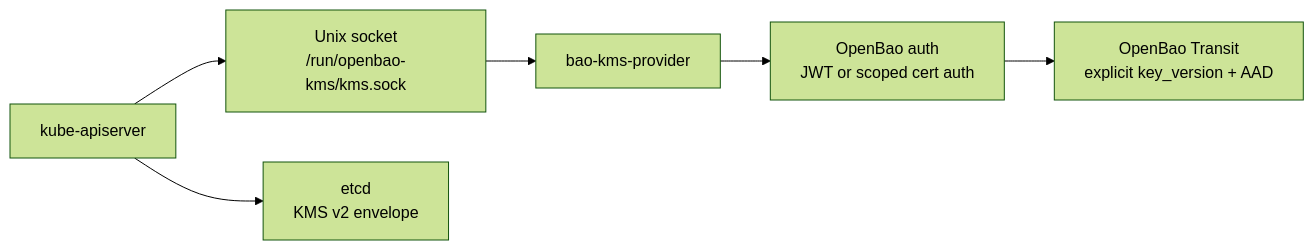
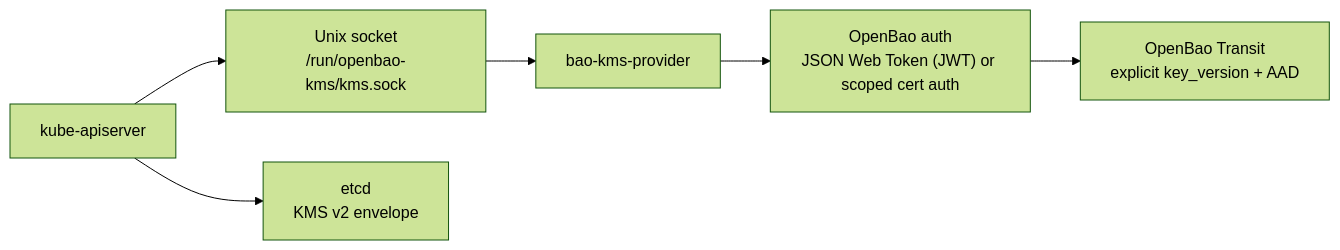
One commit to dc-tec/openbao-kubernetes-kms changed the diagram in README.md. Above: the diagram before and after it, drawn with Mermaid (forest theme). The commit also changed other lines of this file and 24 other files, not shown here.

````diff
--- a/README.md
+++ b/README.md
@@ -41,13 +41,13 @@
 ```mermaid
 flowchart LR
     API["kube-apiserver"]
     Socket["Unix socket<br/>/run/openbao-kms/kms.sock"]
     Provider["bao-kms-provider"]
-    Auth["OpenBao auth<br/>JWT or scoped cert auth"]
+    Auth["OpenBao auth<br/>JSON Web Token (JWT) or scoped cert auth"]
     Transit["OpenBao Transit<br/>explicit key_version + AAD"]
     Etcd["etcd<br/>KMS v2 envelope"]
 
     API --> Socket --> Provider
     Provider --> Auth --> Transit
     API --> Etcd
 ```
````
